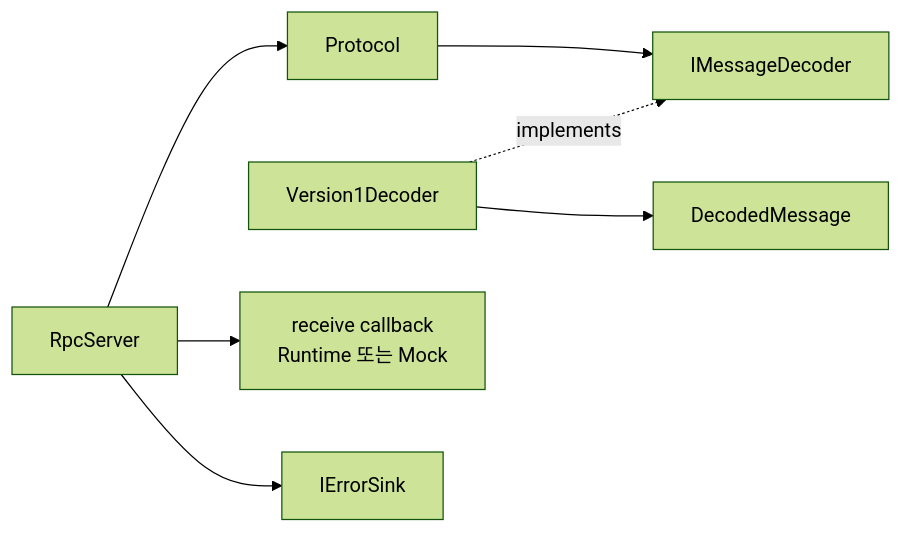
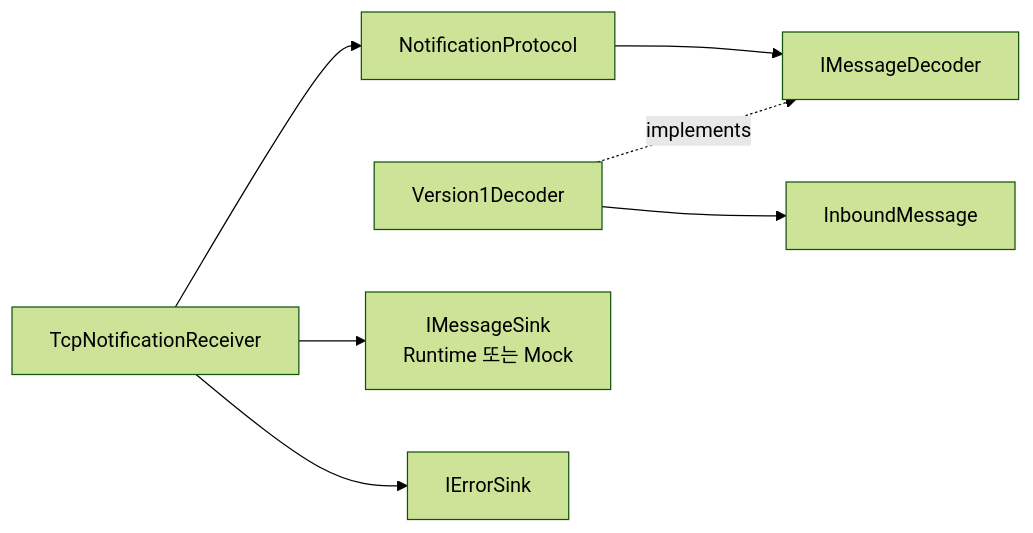
One commit to south-hive/project-dsn changed the first of 7 diagrams in docs/05-component-design.md. Above: the diagram before and after it, drawn with Mermaid (forest theme). The commit also changed other lines of this file and 73 other files, not shown here.

````diff
--- a/docs/05-component-design.md
+++ b/docs/05-component-design.md
@@ -13,9 +13,9 @@
 ```mermaid
 flowchart LR
-    R["RpcServer"] --> P["Protocol"]
+    R["TcpNotificationReceiver"] --> P["NotificationProtocol"]
     P --> I["IMessageDecoder"]
     D["Version1Decoder"] -. "implements" .-> I
-    D --> M["DecodedMessage"]
-    R --> C["receive callback<br/>Runtime 또는 Mock"]
+    D --> M["InboundMessage"]
+    R --> C["IMessageSink<br/>Runtime 또는 Mock"]
     R --> E["IErrorSink"]
 ```
````
